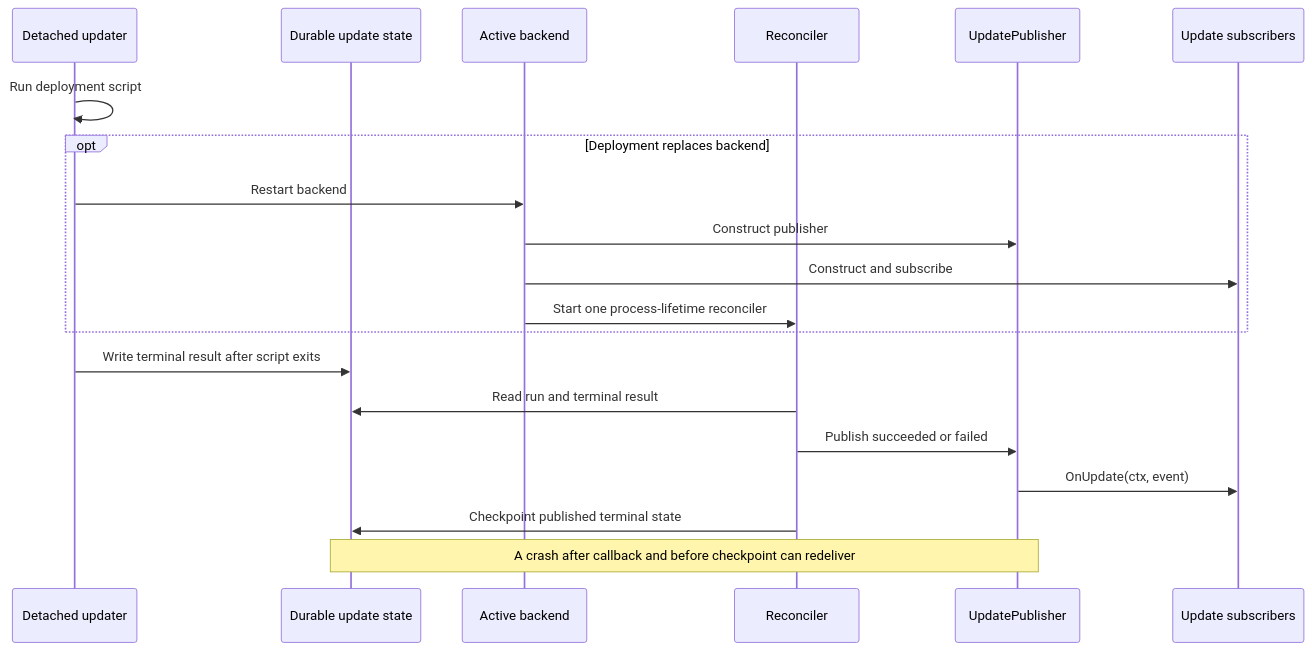
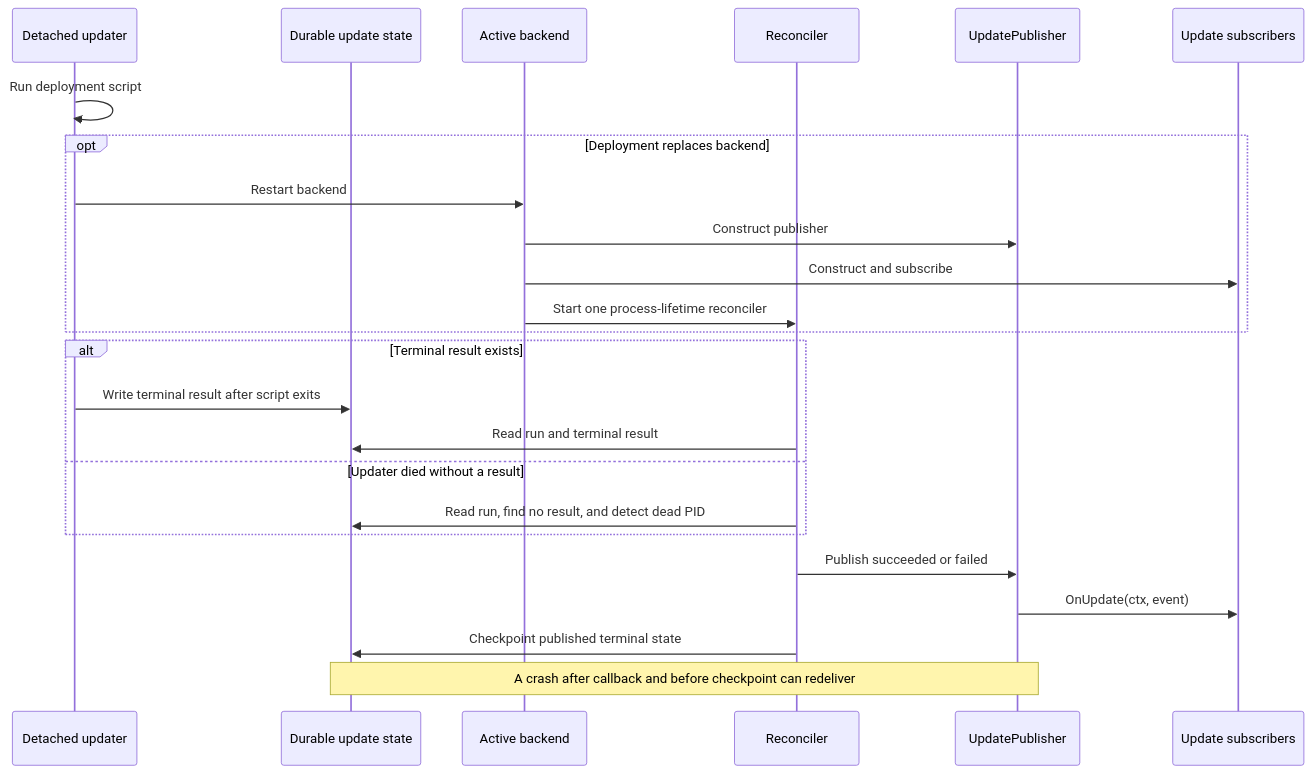
The third of 4 diagrams in docs/dev/lifecycle-events.md (futrx-com/remote.futrx), drawn with Mermaid before and after one commit. The commit also changed other lines of this file, not shown here.

````diff
--- a/docs/dev/lifecycle-events.md
+++ b/docs/dev/lifecycle-events.md
@@ -353,23 +354,27 @@
 ```mermaid
 sequenceDiagram
     participant Updater as Detached updater
     participant State as Durable update state
     participant Backend as Active backend
     participant Reconciler
     participant Publisher as UpdatePublisher
     participant Subscriber as Update subscribers
 
     Updater->>Updater: Run deployment script
     opt Deployment replaces backend
         Updater->>Backend: Restart backend
         Backend->>Publisher: Construct publisher
         Backend->>Subscriber: Construct and subscribe
         Backend->>Reconciler: Start one process-lifetime reconciler
     end
-    Updater->>State: Write terminal result after script exits
-    Reconciler->>State: Read run and terminal result
+    alt Terminal result exists
+        Updater->>State: Write terminal result after script exits
+        Reconciler->>State: Read run and terminal result
+    else Updater died without a result
+        Reconciler->>State: Read run, find no result, and detect dead PID
+    end
     Reconciler->>Publisher: Publish succeeded or failed
     Publisher->>Subscriber: OnUpdate(ctx, event)
     Reconciler->>State: Checkpoint published terminal state
     Note over Publisher,State: A crash after callback and before checkpoint can redeliver
 ```
````
